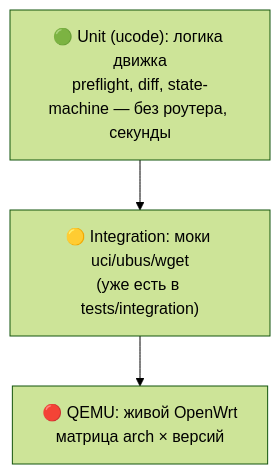
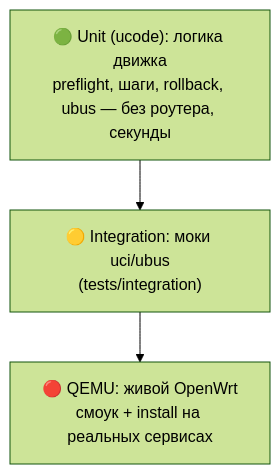
One commit to andreiyurik/cheburnet-router changed the third of 3 diagrams in docs/architecture-v2.md. Above: the diagram before and after it, drawn with Mermaid (forest theme). The commit also changed other lines of this file and 21 other files, not shown here.

Commit message:
fix architecture and tests by fable

````diff
--- a/docs/architecture-v2.md
+++ b/docs/architecture-v2.md
@@ -181,7 +180,7 @@
 ```mermaid
 flowchart TB
-    unit["🟢 Unit (ucode): логика движка<br/>preflight, diff, state-machine — без роутера, секунды"]
-    integ["🟡 Integration: моки uci/ubus/wget<br/>(уже есть в tests/integration)"]
-    qemu["🔴 QEMU: живой OpenWrt<br/>матрица arch × версий"]
+    unit["🟢 Unit (ucode): логика движка<br/>preflight, шаги, rollback, ubus — без роутера, секунды"]
+    integ["🟡 Integration: моки uci/ubus<br/>(tests/integration)"]
+    qemu["🔴 QEMU: живой OpenWrt<br/>смоук + install на реальных сервисах"]
     unit --> integ --> qemu
 ```
````
